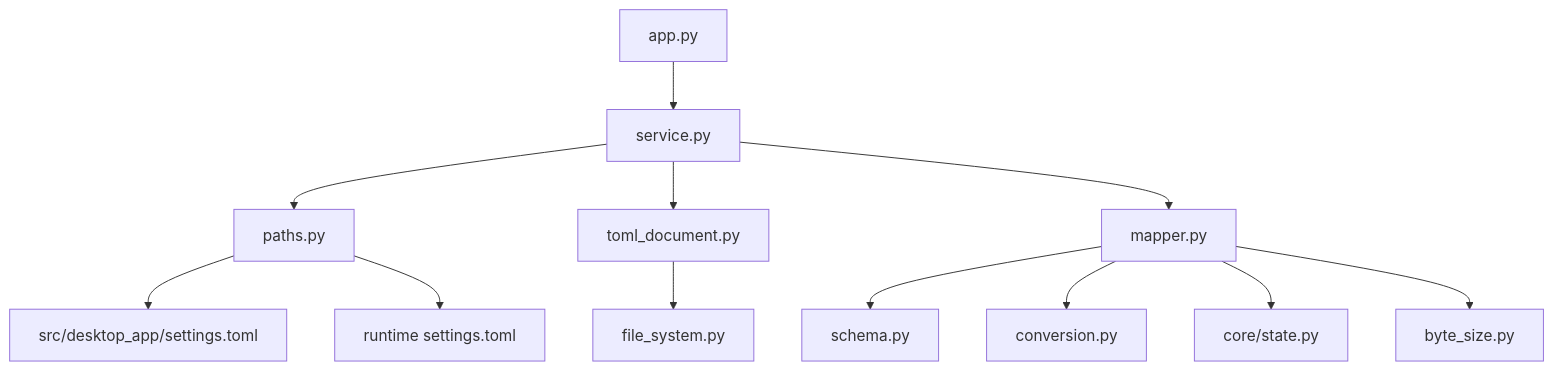
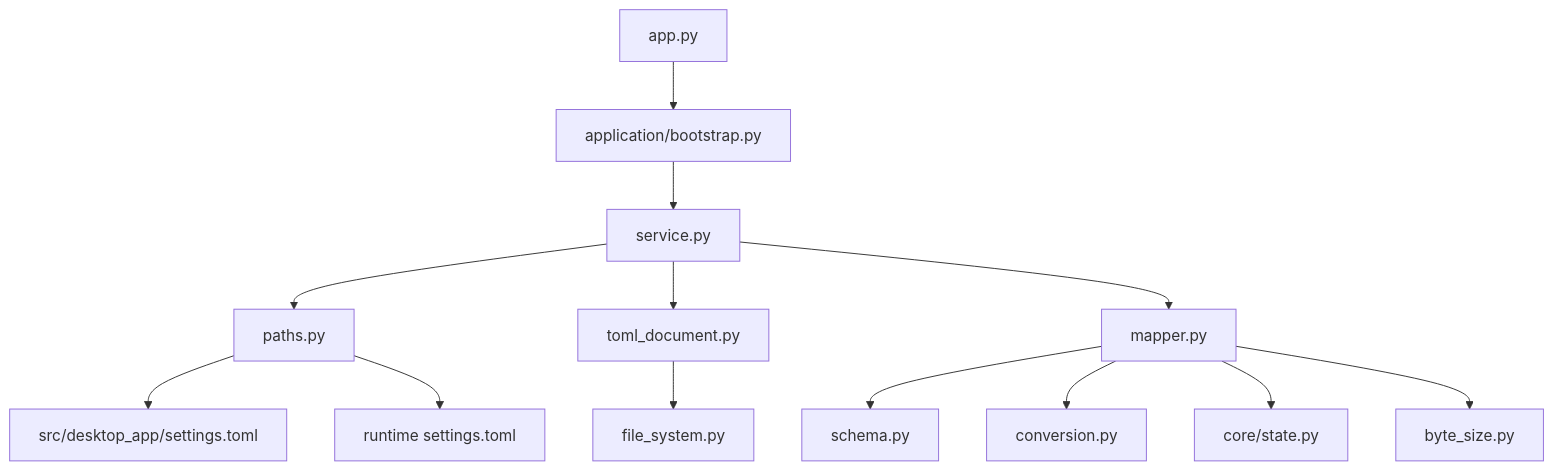
The first of 2 diagrams in docs/settings.md (Fonze81/NiceGui-Windows-Base), drawn with Mermaid before and after one commit. The commit also changed other lines of this file and 17 other files, not shown here.

````diff
--- a/docs/settings.md
+++ b/docs/settings.md
@@ -36,14 +36,15 @@
 ```mermaid
 flowchart TD
-    A[app.py] --> B[service.py]
+    A[app.py] --> Z[application/bootstrap.py]
+    Z --> B[service.py]
     B --> C[paths.py]
     B --> D[toml_document.py]
     B --> E[mapper.py]
     E --> F[schema.py]
     E --> G[conversion.py]
     E --> H[core/state.py]
     E --> I[byte_size.py]
     D --> J[file_system.py]
     C --> K[src/desktop_app/settings.toml]
     C --> L[runtime settings.toml]
 ```
````
